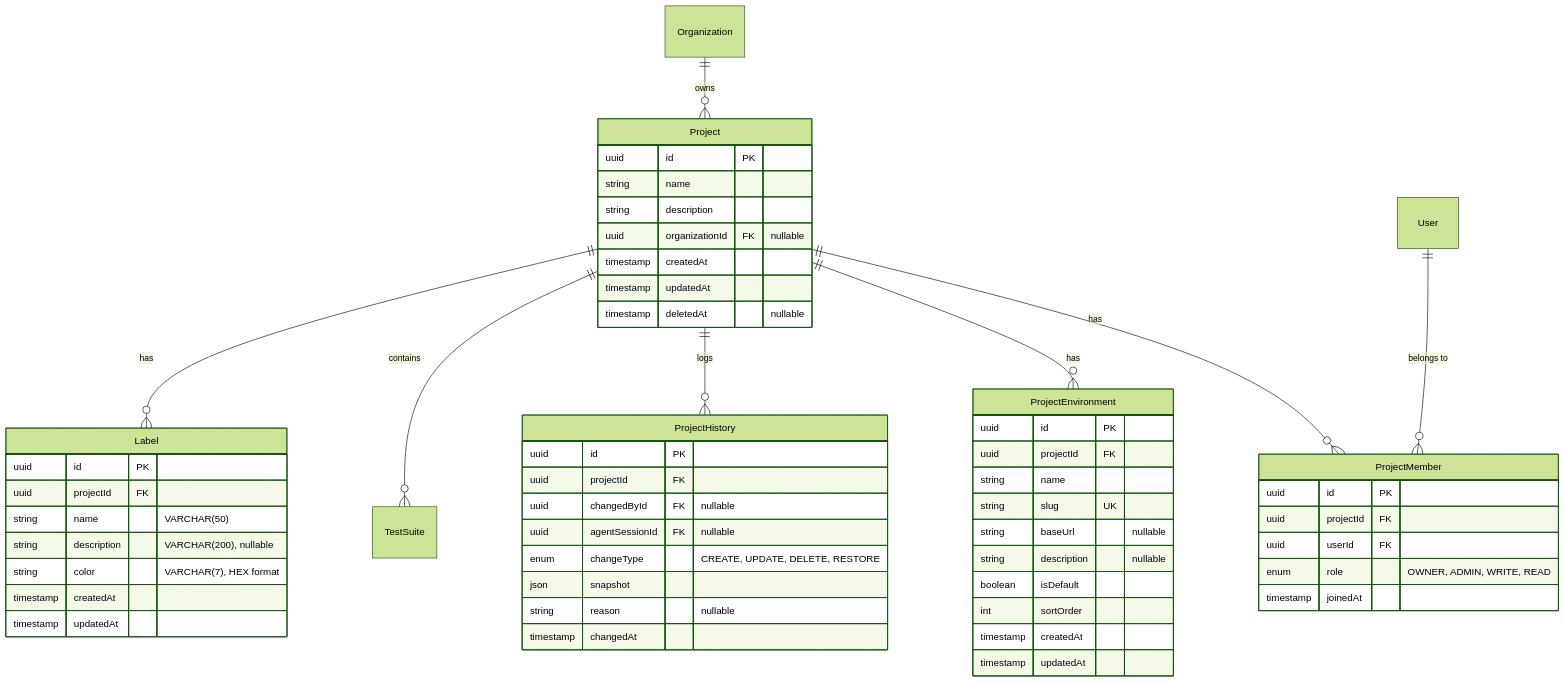
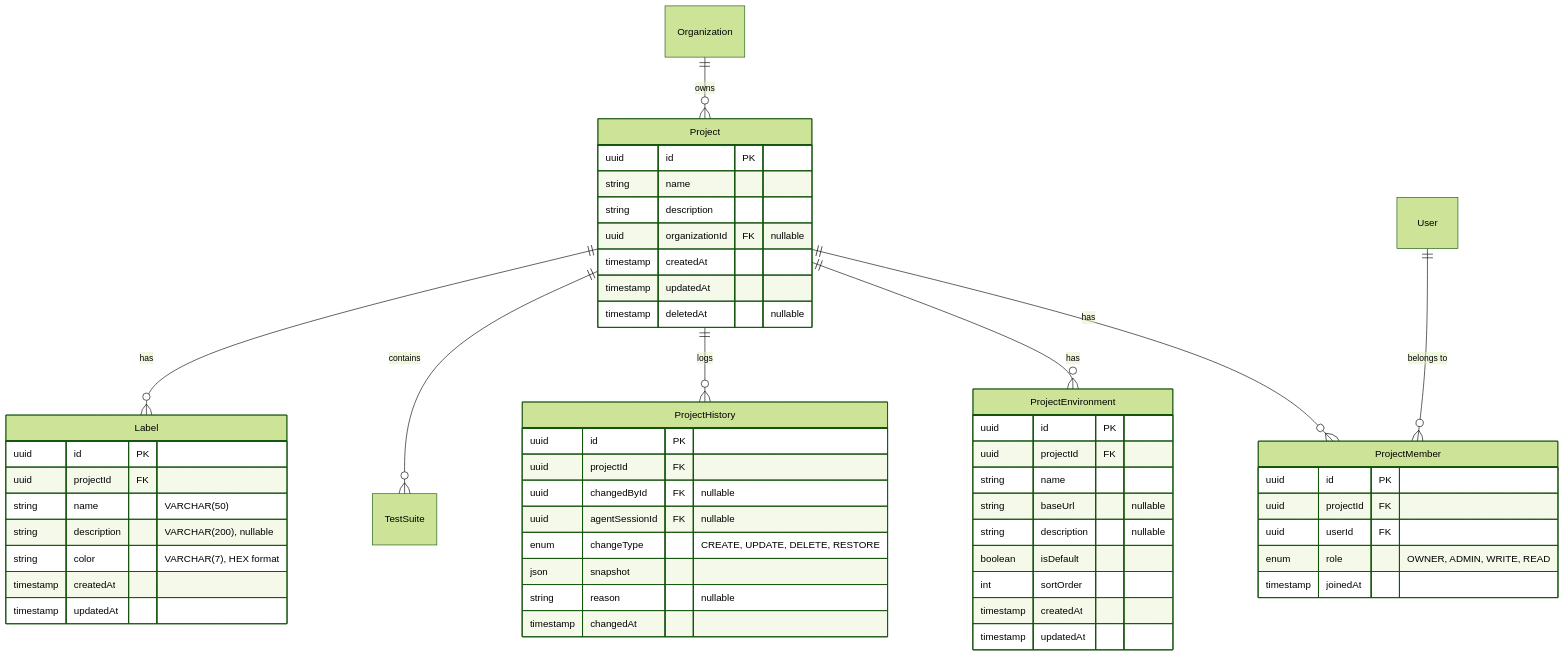
One commit to tsutsumi389/agentest changed the sixth of 6 diagrams in docs/architecture/features/project-management.md. Above: the diagram before and after it, drawn with Mermaid (forest theme). The commit also changed other lines of this file and 4 other files, not shown here.

````diff
--- a/docs/architecture/features/project-management.md
+++ b/docs/architecture/features/project-management.md
@@ -333,62 +329,61 @@
 ```mermaid
 erDiagram
     Project ||--o{ ProjectMember : "has"
     Project ||--o{ ProjectEnvironment : "has"
     Project ||--o{ ProjectHistory : "logs"
     Project ||--o{ TestSuite : "contains"
     Project ||--o{ Label : "has"
     Organization ||--o{ Project : "owns"
     User ||--o{ ProjectMember : "belongs to"
 
     Project {
         uuid id PK
         string name
         string description
         uuid organizationId FK "nullable"
         timestamp createdAt
         timestamp updatedAt
         timestamp deletedAt "nullable"
     }
 
     ProjectMember {
         uuid id PK
         uuid projectId FK
         uuid userId FK
         enum role "OWNER, ADMIN, WRITE, READ"
         timestamp joinedAt
     }
 
     ProjectEnvironment {
         uuid id PK
         uuid projectId FK
         string name
-        string slug UK
         string baseUrl "nullable"
         string description "nullable"
         boolean isDefault
         int sortOrder
         timestamp createdAt
         timestamp updatedAt
     }
 
     ProjectHistory {
         uuid id PK
         uuid projectId FK
         uuid changedById FK "nullable"
         uuid agentSessionId FK "nullable"
         enum changeType "CREATE, UPDATE, DELETE, RESTORE"
         json snapshot
         string reason "nullable"
         timestamp changedAt
     }
 
     Label {
         uuid id PK
         uuid projectId FK
         string name "VARCHAR(50)"
         string description "VARCHAR(200), nullable"
         string color "VARCHAR(7), HEX format"
         timestamp createdAt
         timestamp updatedAt
     }
 ```
````
